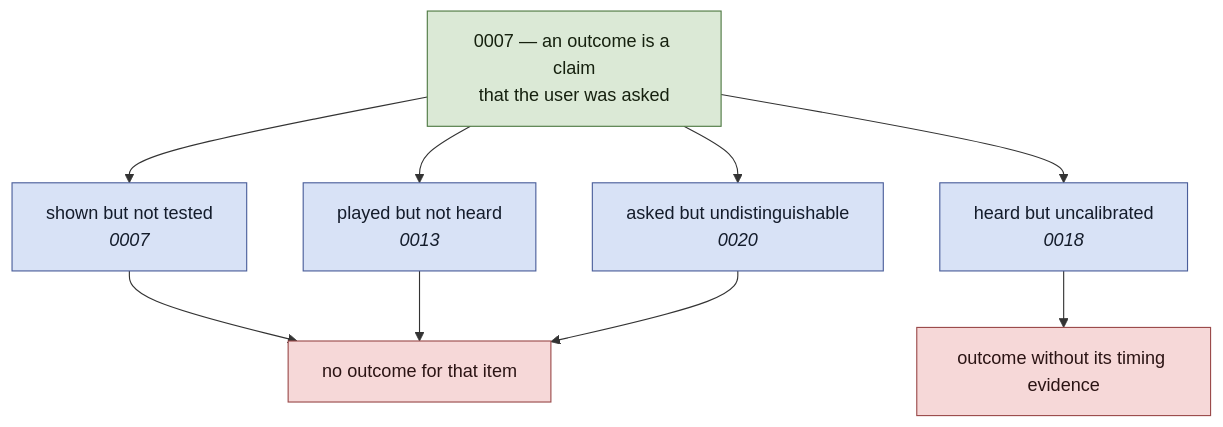
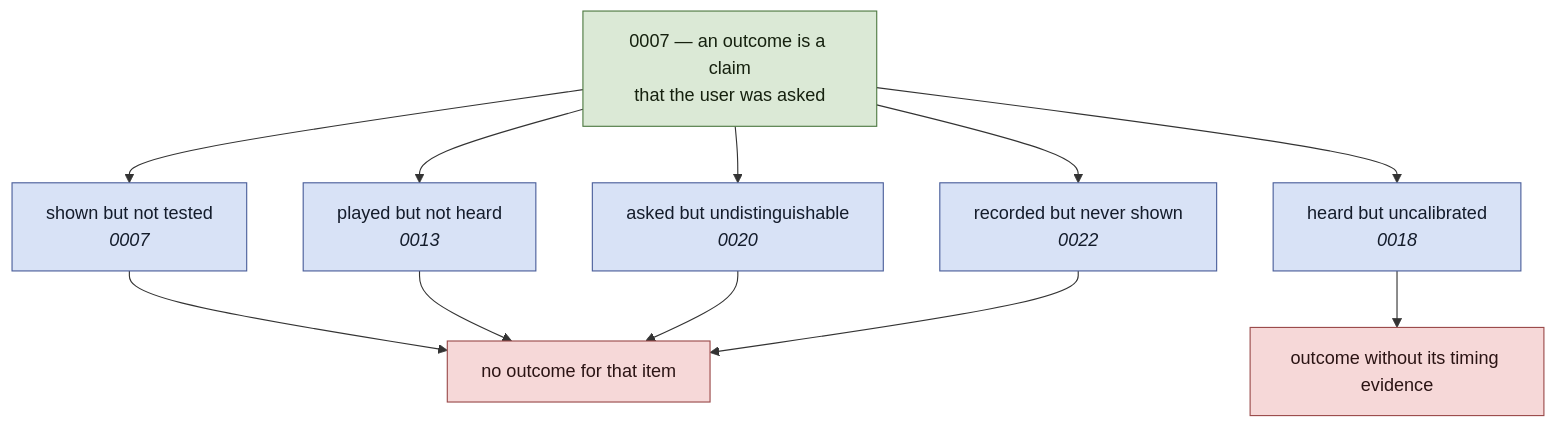
One commit to deepl0w/pitch_space changed the diagram in docs/judging-chain.md. Above: the diagram before and after it, drawn with Mermaid. The commit also changed other lines of this file and 2 other files, not shown here.

````diff
--- a/docs/judging-chain.md
+++ b/docs/judging-chain.md
@@ -35,20 +36,22 @@
 ```mermaid
 flowchart TD
     rule["0007 — an outcome is a claim<br/>that the user was asked"]
     rule --> untested["shown but not tested<br/><i>0007</i>"]
     rule --> unheard["played but not heard<br/><i>0013</i>"]
     rule --> uncal["heard but uncalibrated<br/><i>0018</i>"]
     rule --> unaskable["asked but undistinguishable<br/><i>0020</i>"]
+    rule --> unshown["recorded but never shown<br/><i>0022</i>"]
 
     untested --> none["no outcome for that item"]
     unheard --> none
     uncal --> partial["outcome without its timing evidence"]
     unaskable --> none
+    unshown --> none
 
     classDef root fill:#dbe9d6,stroke:#4f7a43,color:#16210f
     classDef cause fill:#d8e2f6,stroke:#4b5f9b,color:#141c2b
     classDef out fill:#f6d8d8,stroke:#9b4b4b,color:#2b1414
     class rule root
-    class untested,unheard,uncal,unaskable cause
+    class untested,unheard,uncal,unaskable,unshown cause
     class none,partial out
 ```
````
